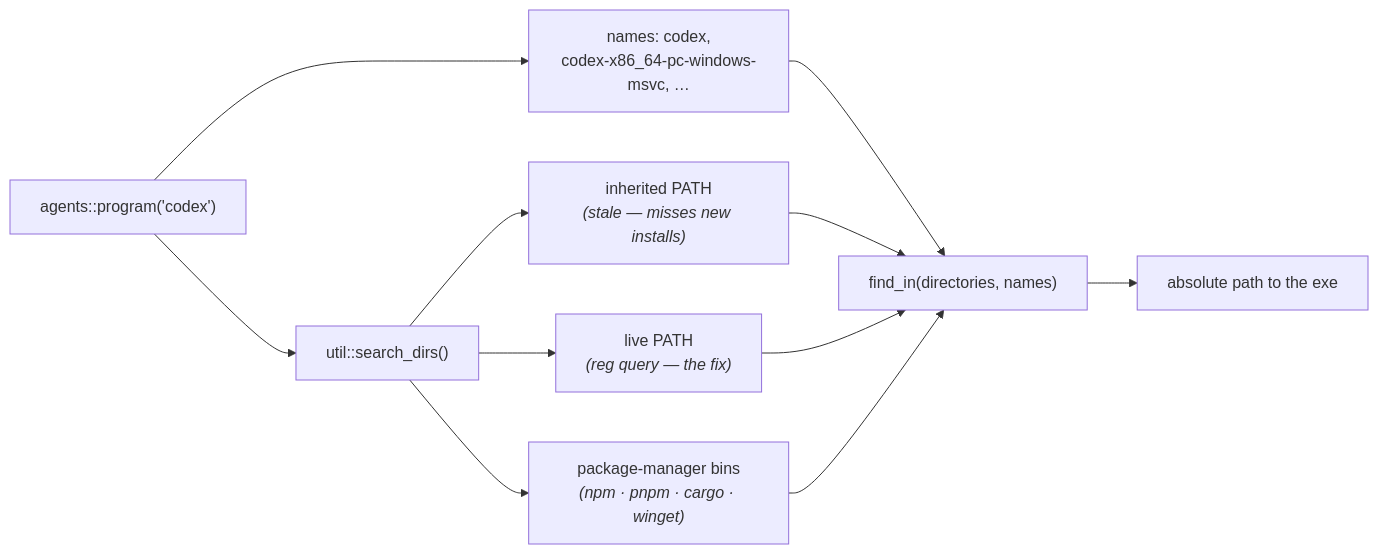
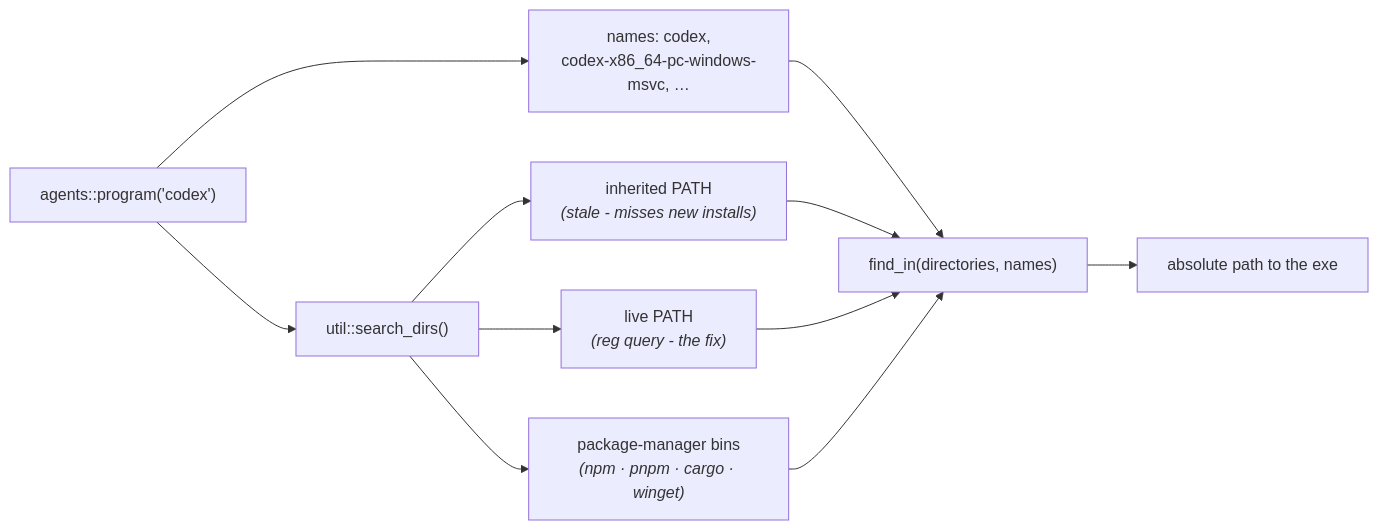
One commit to avi12/pade changed the third of 8 diagrams in ARCHITECTURE.md. Above: the diagram before and after it, drawn with Mermaid. The commit also changed other lines of this file and 17 other files, not shown here.

````diff
--- a/ARCHITECTURE.md
+++ b/ARCHITECTURE.md
@@ -109,13 +109,13 @@
 ```mermaid
 flowchart LR
   Q["agents::program('codex')"] --> N["names: codex,<br/>codex-x86_64-pc-windows-msvc, …"]
   Q --> D["util::search_dirs()"]
-  D --> P1["inherited PATH<br/><i>(stale — misses new installs)</i>"]
-  D --> P2["live PATH<br/><i>(reg query — the fix)</i>"]
+  D --> P1["inherited PATH<br/><i>(stale - misses new installs)</i>"]
+  D --> P2["live PATH<br/><i>(reg query - the fix)</i>"]
   D --> P3["package-manager bins<br/><i>(npm · pnpm · cargo · winget)</i>"]
   N --> F["find_in(directories, names)"]
   P1 --> F
   P2 --> F
   P3 --> F
   F --> R["absolute path to the exe"]
 ```
````
